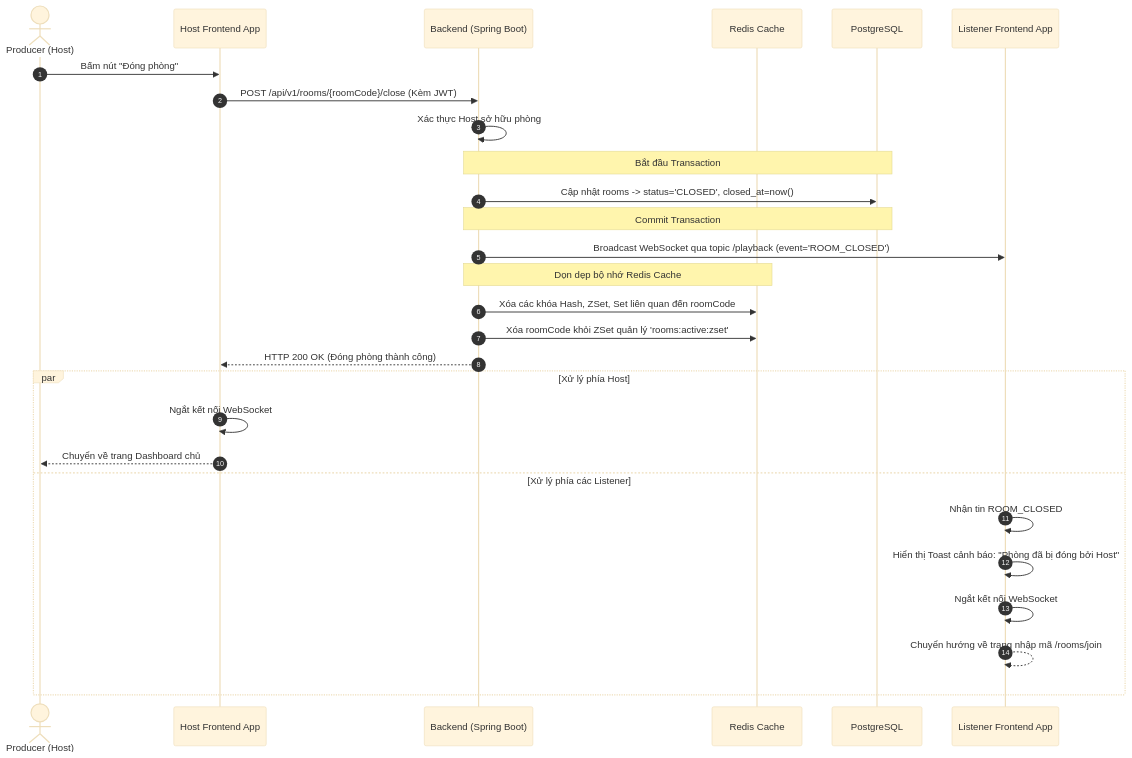
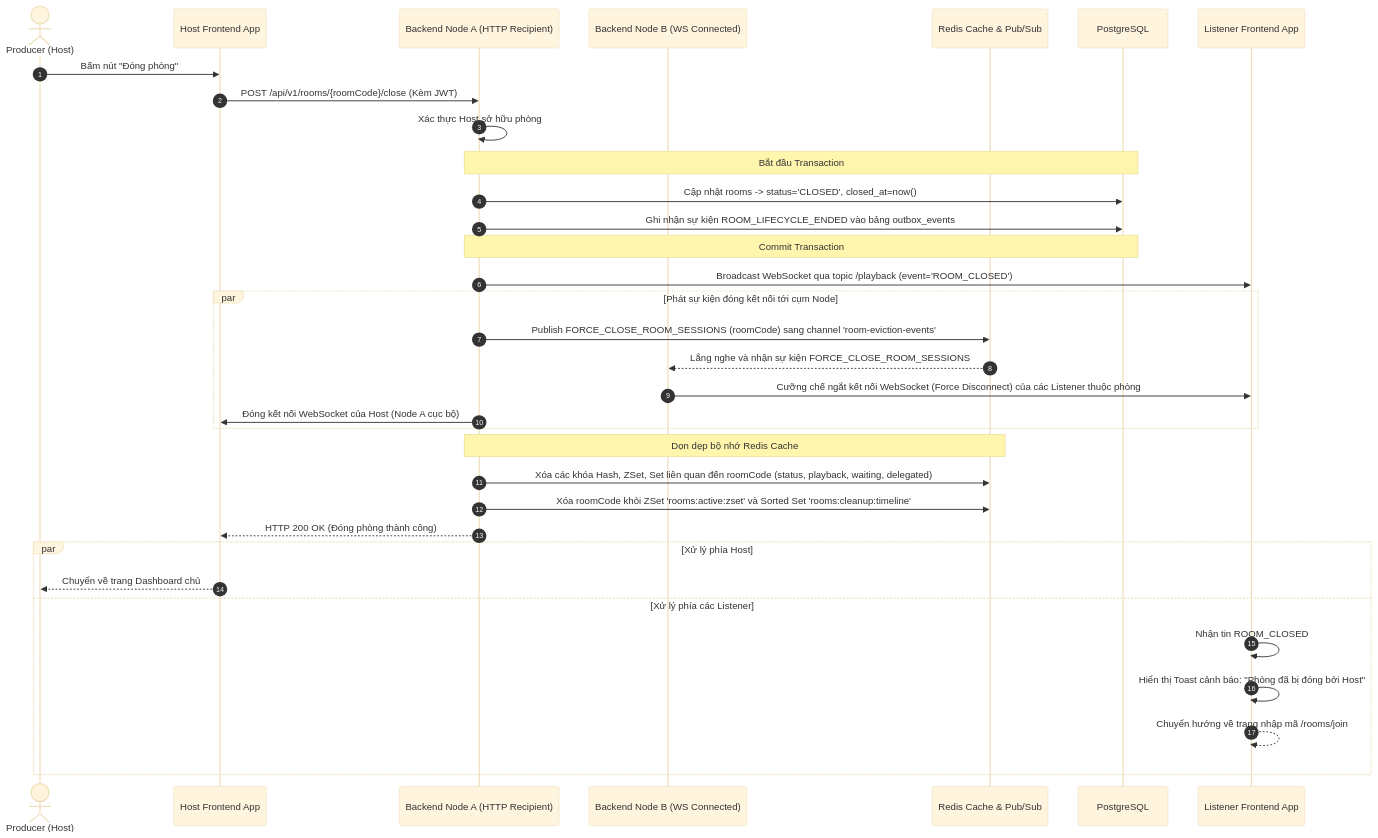
Before and after one commit to NguyenDucHoangNam/PWB_Mini: the first of 3 diagrams in docs/2. Live Room/08_room_lifecycle_cleanup.md, drawn with Mermaid (base theme). The commit also changed other lines of this file and 22 other files, not shown here.

````diff
--- a/docs/2. Live Room/08_room_lifecycle_cleanup.md
+++ b/docs/2. Live Room/08_room_lifecycle_cleanup.md
@@ -76,37 +83,44 @@
 ```mermaid
 sequenceDiagram
     autonumber
     actor Host as Producer (Host)
     participant FE as Host Frontend App
-    participant BE as Backend (Spring Boot)
-    participant Redis as Redis Cache
+    participant BE_A as Backend Node A (HTTP Recipient)
+    participant BE_B as Backend Node B (WS Connected)
+    participant Redis as Redis Cache & Pub/Sub
     participant DB as PostgreSQL
     participant ListFE as Listener Frontend App
 
     Host->>FE: Bấm nút "Đóng phòng"
-    FE->>BE: POST /api/v1/rooms/{roomCode}/close (Kèm JWT)
+    FE->>BE_A: POST /api/v1/rooms/{roomCode}/close (Kèm JWT)
     
-    BE->>BE: Xác thực Host sở hữu phòng
+    BE_A->>BE_A: Xác thực Host sở hữu phòng
     
-    Note over BE, DB: Bắt đầu Transaction
-    BE->>DB: Cập nhật rooms -> status='CLOSED', closed_at=now()
-    Note over BE, DB: Commit Transaction
+    Note over BE_A, DB: Bắt đầu Transaction
+    BE_A->>DB: Cập nhật rooms -> status='CLOSED', closed_at=now()
+    BE_A->>DB: Ghi nhận sự kiện ROOM_LIFECYCLE_ENDED vào bảng outbox_events
+    Note over BE_A, DB: Commit Transaction
     
-    BE->>ListFE: Broadcast WebSocket qua topic /playback (event='ROOM_CLOSED')
+    BE_A->>ListFE: Broadcast WebSocket qua topic /playback (event='ROOM_CLOSED')
     
-    Note over BE, Redis: Dọn dẹp bộ nhớ Redis Cache
-    BE->>Redis: Xóa các khóa Hash, ZSet, Set liên quan đến roomCode
-    BE->>Redis: Xóa roomCode khỏi ZSet quản lý 'rooms:active:zset'
+    par Phát sự kiện đóng kết nối tới cụm Node
+        BE_A->>Redis: Publish FORCE_CLOSE_ROOM_SESSIONS (roomCode) sang channel 'room-eviction-events'
+        Redis-->>BE_B: Lắng nghe và nhận sự kiện FORCE_CLOSE_ROOM_SESSIONS
+        BE_B->>ListFE: Cưỡng chế ngắt kết nối WebSocket (Force Disconnect) của các Listener thuộc phòng
+        BE_A->>FE: Đóng kết nối WebSocket của Host (Node A cục bộ)
+    end
     
-    BE-->>FE: HTTP 200 OK (Đóng phòng thành công)
+    Note over BE_A, Redis: Dọn dẹp bộ nhớ Redis Cache
+    BE_A->>Redis: Xóa các khóa Hash, ZSet, Set liên quan đến roomCode (status, playback, waiting, delegated)
+    BE_A->>Redis: Xóa roomCode khỏi ZSet 'rooms:active:zset' và Sorted Set 'rooms:cleanup:timeline'
+    
+    BE_A-->>FE: HTTP 200 OK (Đóng phòng thành công)
     
     par Xử lý phía Host
-        FE->>FE: Ngắt kết nối WebSocket
         FE-->>Host: Chuyển về trang Dashboard chủ
     and Xử lý phía các Listener
         ListFE->>ListFE: Nhận tin ROOM_CLOSED
         ListFE->>ListFE: Hiển thị Toast cảnh báo: "Phòng đã bị đóng bởi Host"
-        ListFE->>ListFE: Ngắt kết nối WebSocket
         ListFE-->>ListFE: Chuyển hướng về trang nhập mã /rooms/join
     end
 ```
````
